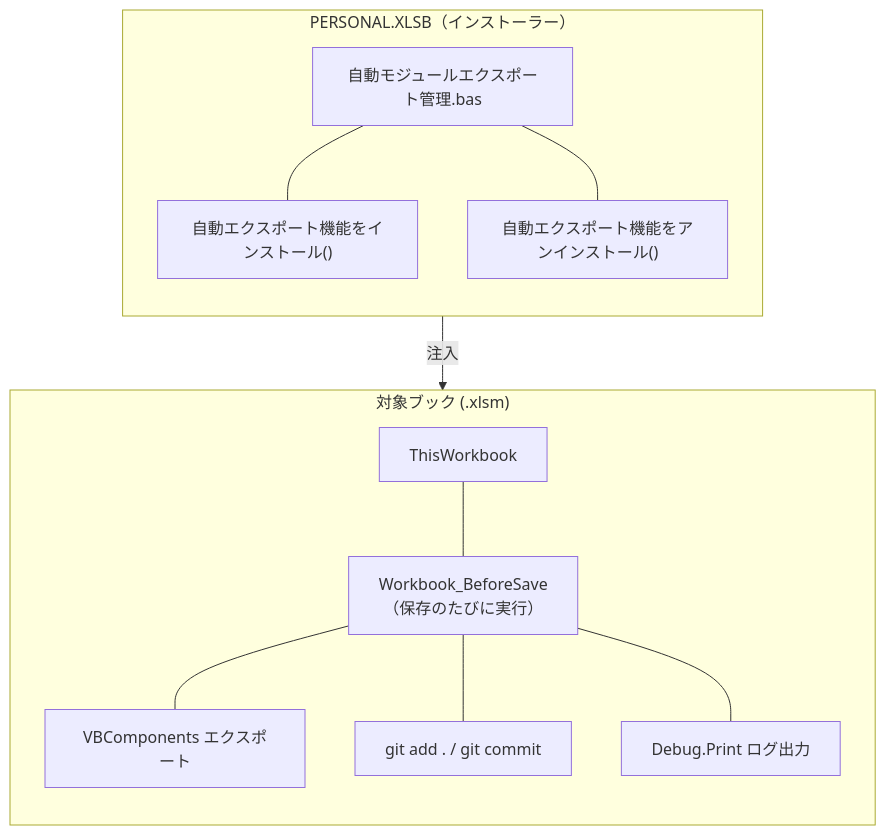
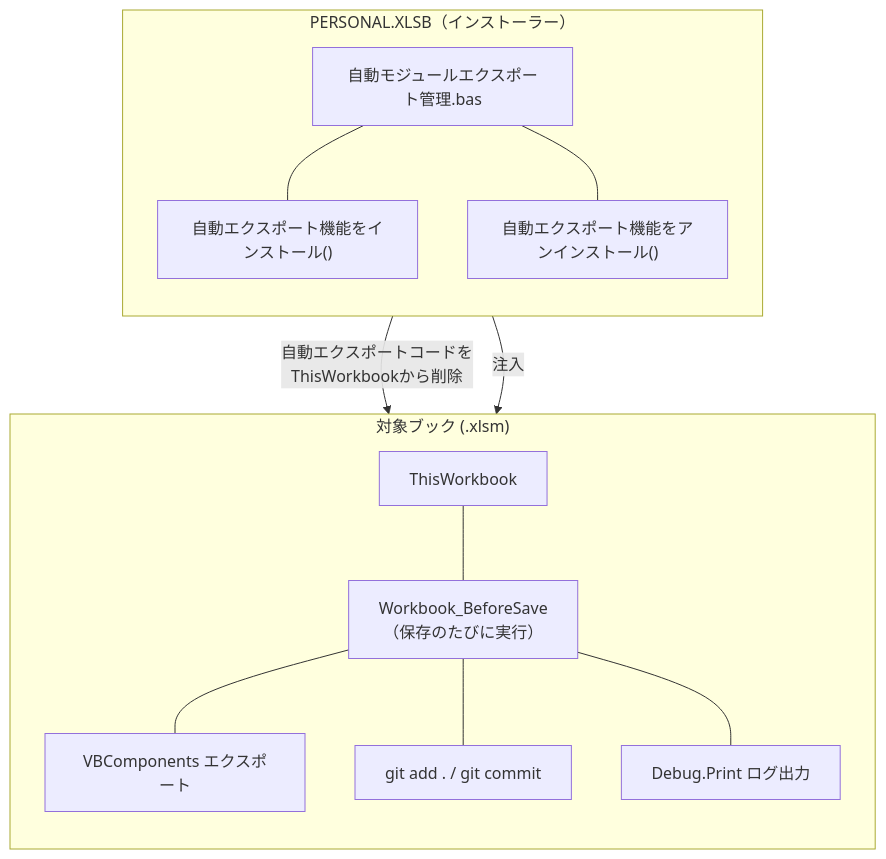
The diagram in 04_vba_git_automation.md (aki0178/business-system-design-portfolio), drawn with Mermaid before and after one commit. The commit also changed other lines of this file, not shown here.

````diff
--- a/04_vba_git_automation.md
+++ b/04_vba_git_automation.md
@@ -43,26 +43,27 @@
 ```mermaid
 flowchart TD
     subgraph P["PERSONAL.XLSB（インストーラー）"]
         direction TB
         P1["自動モジュールエクスポート管理.bas"]
         P2["自動エクスポート機能をインストール()"]
         P3["自動エクスポート機能をアンインストール()"]
         P1 --- P2
         P1 --- P3
     end
 
     subgraph T["対象ブック (.xlsm)"]
         direction TB
         T1["ThisWorkbook"]
         T2["Workbook_BeforeSave<br/>（保存のたびに実行）"]
         T3["VBComponents エクスポート"]
         T4["git add . / git commit"]
         T5["Debug.Print ログ出力"]
         T1 --- T2
         T2 --- T3
         T2 --- T4
         T2 --- T5
     end
 
-    P -->|"注入"| T
+    P2 -->|"注入"| T
+    P3 -->|"自動エクスポートコードを<br/>ThisWorkbookから削除"| T1
 ```
````
